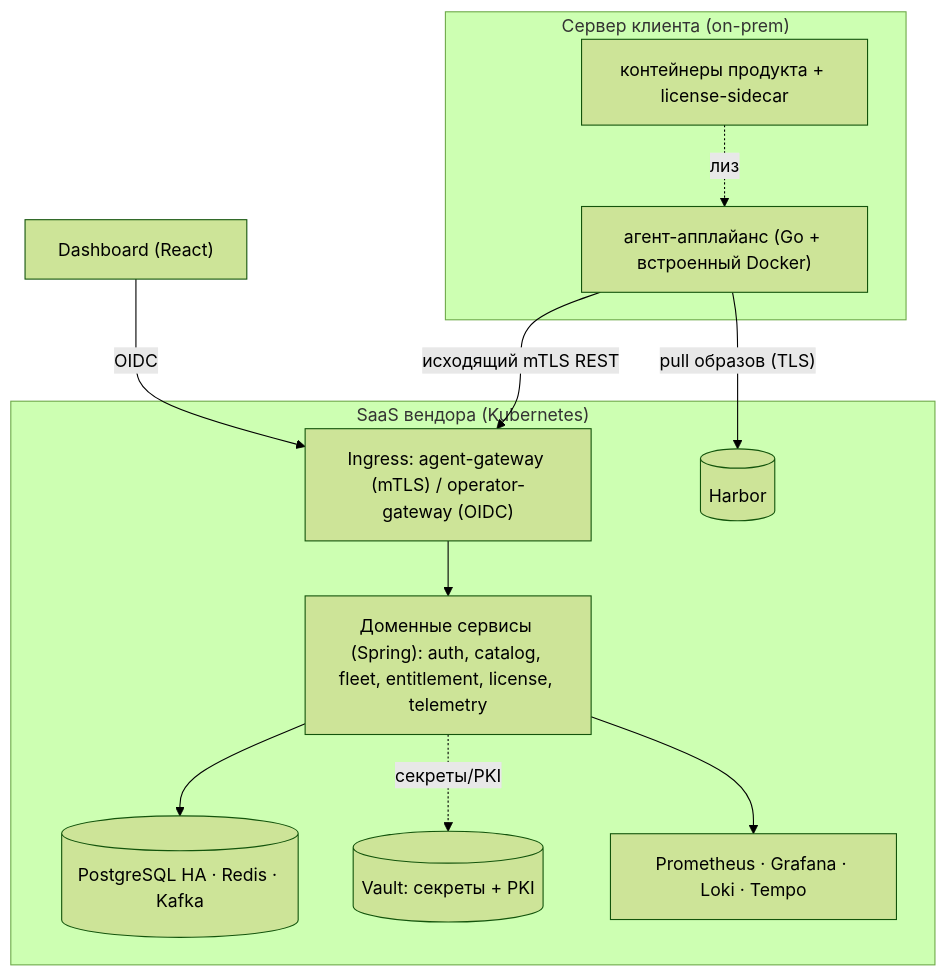
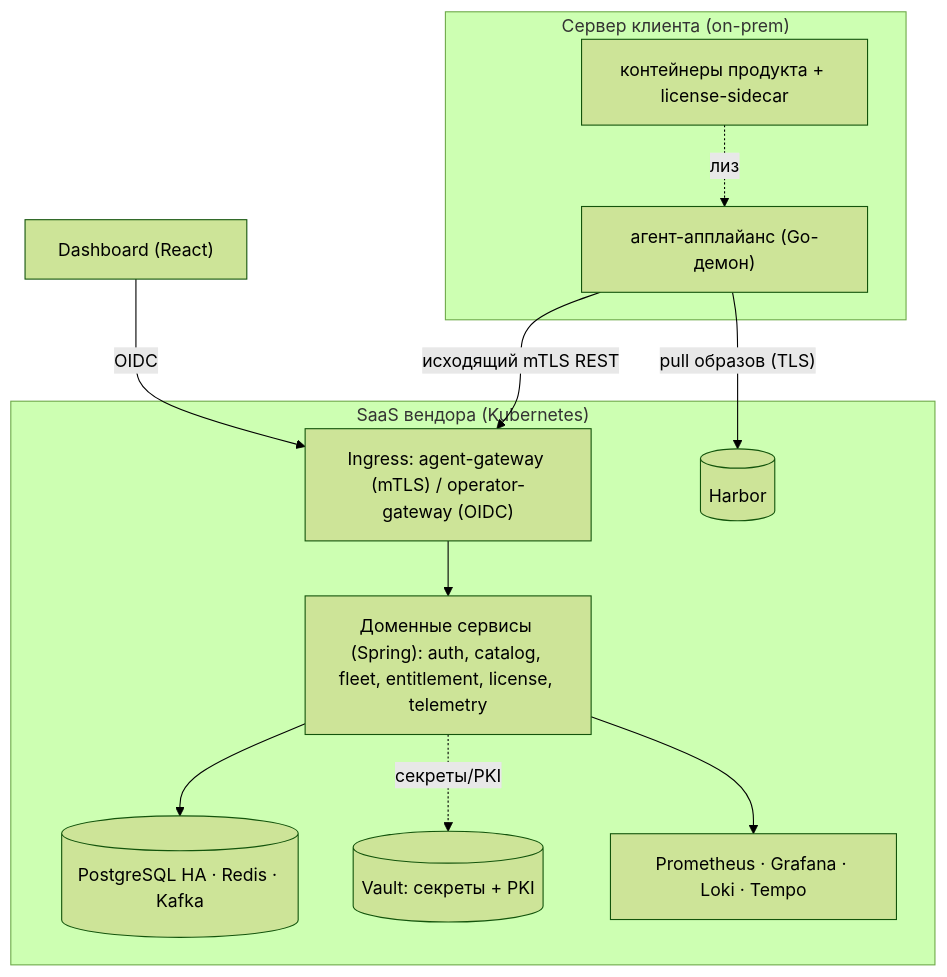
Diagram 14 of 14 in TECHNICAL_SPEC.md (shapovandreu/InversionWharf), drawn with Mermaid (forest theme) before and after one commit. The commit also changed other lines of this file, not shown here.

First line of the commit message:
refactor(spec): replace embedded Docker Engine with prerequisite model for agent

````diff
--- a/TECHNICAL_SPEC.md
+++ b/TECHNICAL_SPEC.md
@@ -796,25 +796,25 @@
 ```mermaid
 flowchart TB
     subgraph CLIENT["Сервер клиента (on-prem)"]
-        AGT["агент-апплайанс (Go + встроенный Docker)"]
+        AGT["агент-апплайанс (Go-демон)"]
         PRODC["контейнеры продукта + license-sidecar"]
     end
     subgraph CLOUD["SaaS вендора (Kubernetes)"]
         ING["Ingress: agent-gateway (mTLS) / operator-gateway (OIDC)"]
         SVC["Доменные сервисы (Spring): auth, catalog, fleet, entitlement, license, telemetry"]
         REG[("Harbor")]
         DATA[("PostgreSQL HA · Redis · Kafka")]
         VAULT[("Vault: секреты + PKI")]
         OBS["Prometheus · Grafana · Loki · Tempo"]
     end
     UI["Dashboard (React)"]
 
     AGT -->|"исходящий mTLS REST"| ING
     AGT -->|"pull образов (TLS)"| REG
     PRODC -. лиз .-> AGT
     ING --> SVC
     SVC --> DATA
     SVC -. секреты/PKI .-> VAULT
     SVC --> OBS
     UI -->|OIDC| ING
 ```
````
